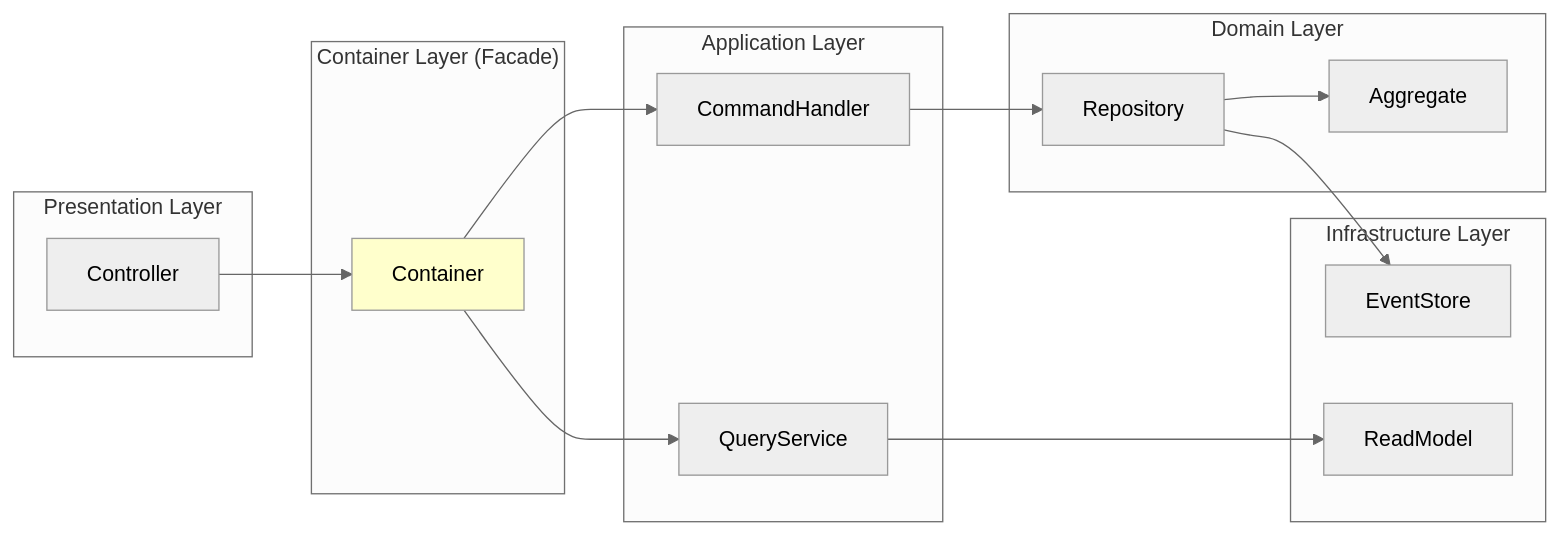
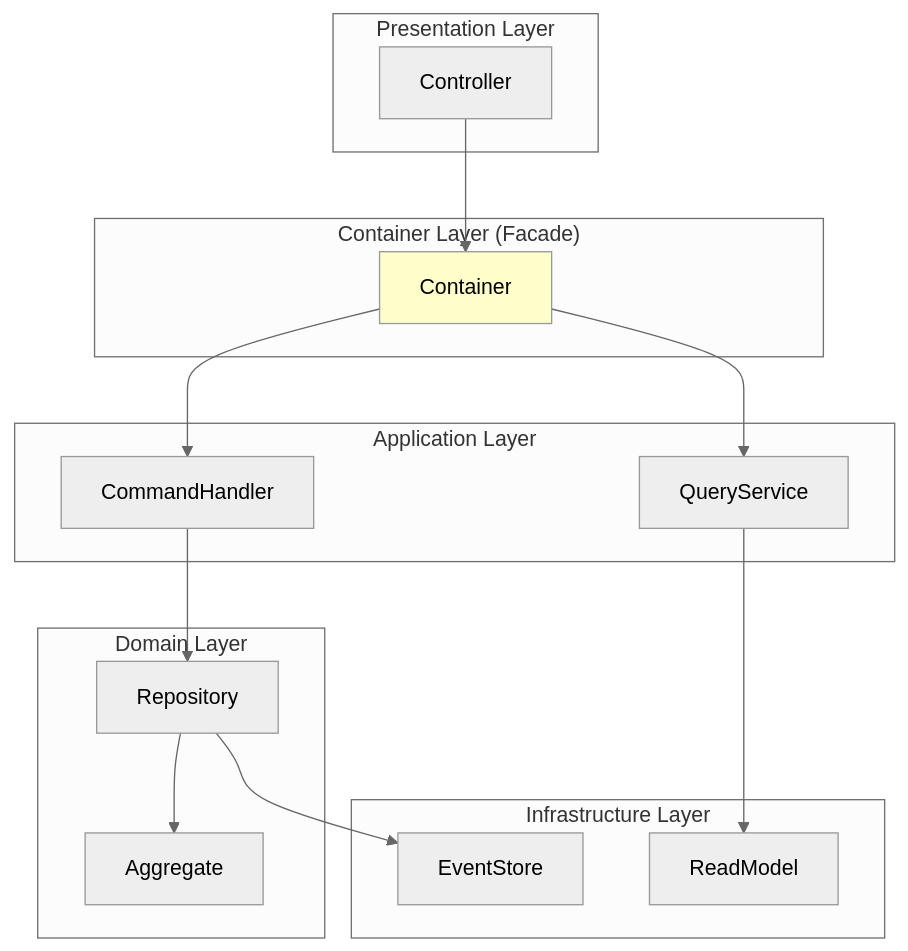
One commit to urugus/rails_event_sourcing changed the third of 5 diagrams in example_2/docs/dependency_structure.md. Above: the diagram before and after it, drawn with Mermaid (neutral theme). The commit also changed other lines of this file, not shown here.

````diff
--- a/example_2/docs/dependency_structure.md
+++ b/example_2/docs/dependency_structure.md
@@ -180,35 +180,35 @@
 ```mermaid
-graph LR
+flowchart TB
     subgraph "Presentation Layer"
         Controller[Controller]
     end
 
     subgraph "Container Layer (Facade)"
         Container[Container]
     end
 
     subgraph "Application Layer"
         CommandHandler[CommandHandler]
         QueryService[QueryService]
     end
 
     subgraph "Domain Layer"
         Repository[Repository]
         Aggregate[Aggregate]
     end
 
     subgraph "Infrastructure Layer"
         EventStore[EventStore]
         ReadModel[ReadModel]
     end
 
     Controller --> Container
     Container --> CommandHandler
     Container --> QueryService
     CommandHandler --> Repository
     QueryService --> ReadModel
     Repository --> EventStore
     Repository --> Aggregate
 
     style Container fill:#ffffcc
 ```
````
